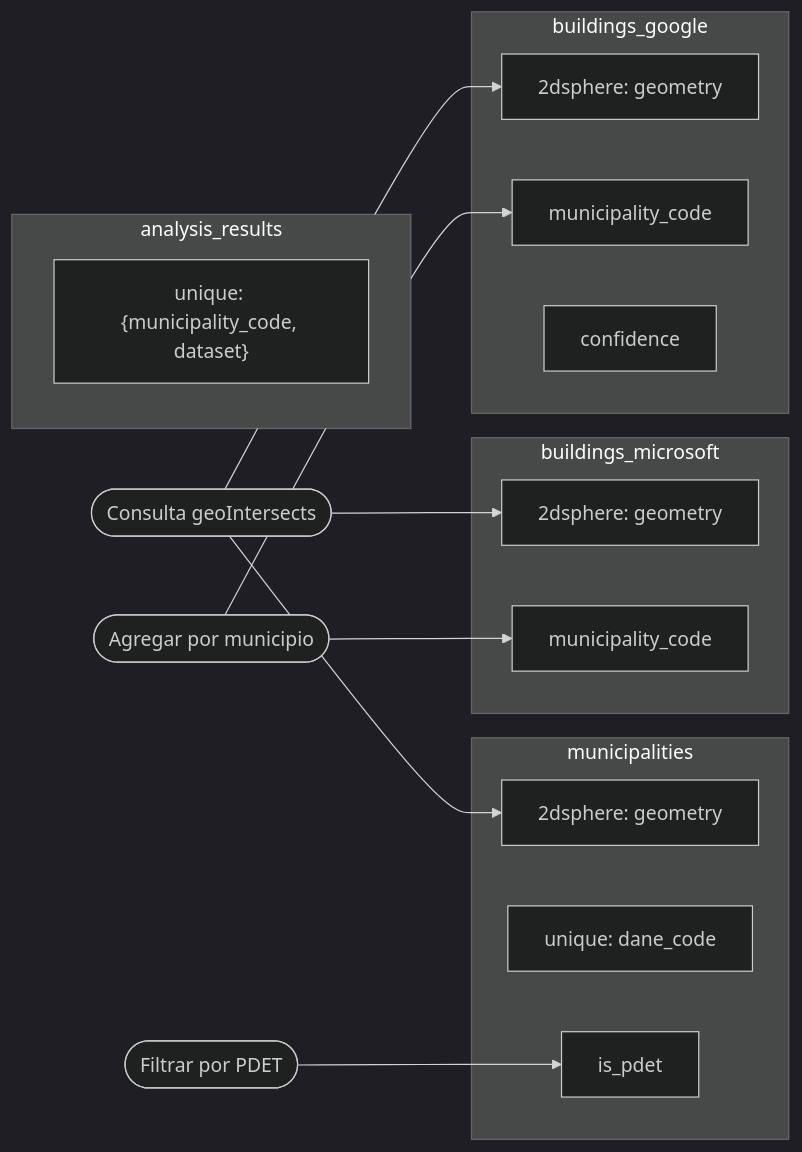
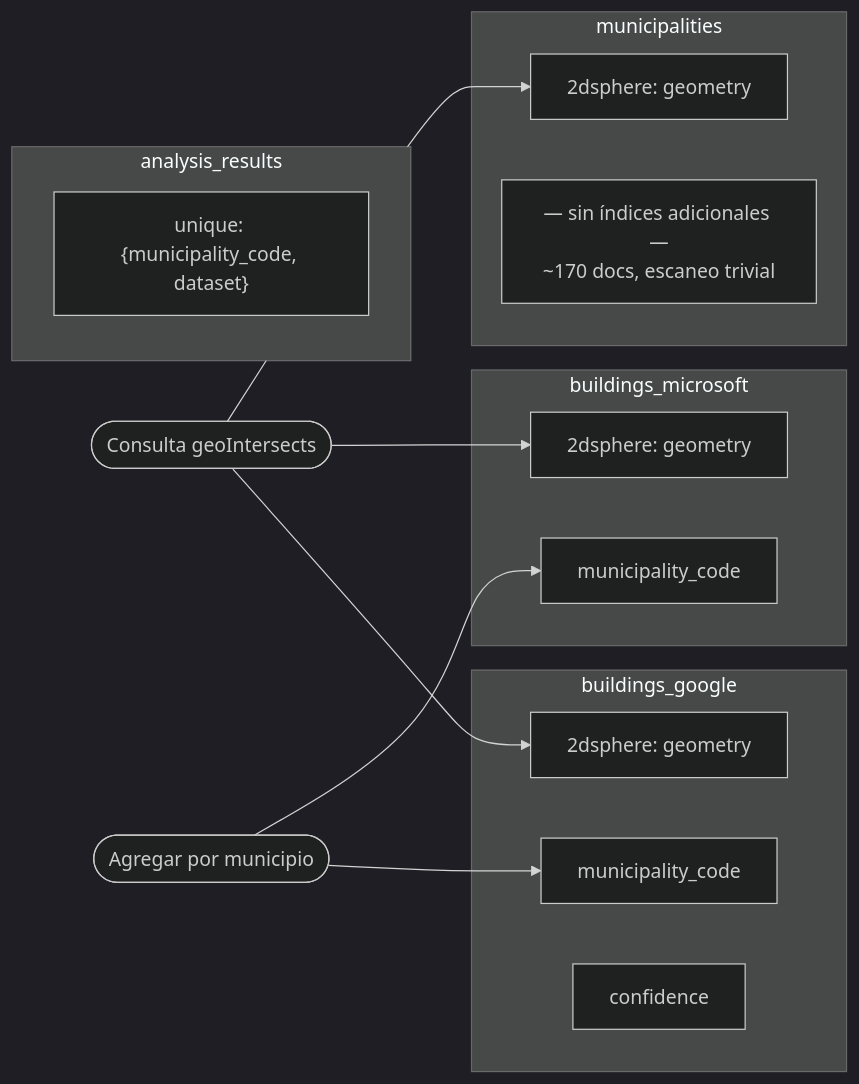
One commit to janmunoz21/Proyecto-DBA changed the third of 4 diagrams in README.md. Above: the diagram before and after it, drawn with Mermaid (dark theme). The commit also changed other lines of this file, not shown here.

````diff
--- a/README.md
+++ b/README.md
@@ -253,30 +251,28 @@
 ```mermaid
 flowchart LR
     subgraph municipalities
         A1[2dsphere: geometry]
-        A2[unique: dane_code]
-        A3[is_pdet]
+        A2["— sin índices adicionales —\n~170 docs, escaneo trivial"]
     end
 
     subgraph buildings_microsoft
         B1[2dsphere: geometry]
         B2[municipality_code]
     end
 
     subgraph buildings_google
         C1[2dsphere: geometry]
         C2[municipality_code]
         C3[confidence]
     end
 
     subgraph analysis_results
         D1["unique: {municipality_code, dataset}"]
     end
 
     Q1([Consulta geoIntersects]) --> A1
     Q1 --> B1
     Q1 --> C1
-    Q2([Filtrar por PDET]) --> A3
     Q3([Agregar por municipio]) --> B2
     Q3 --> C2
 ```
````
